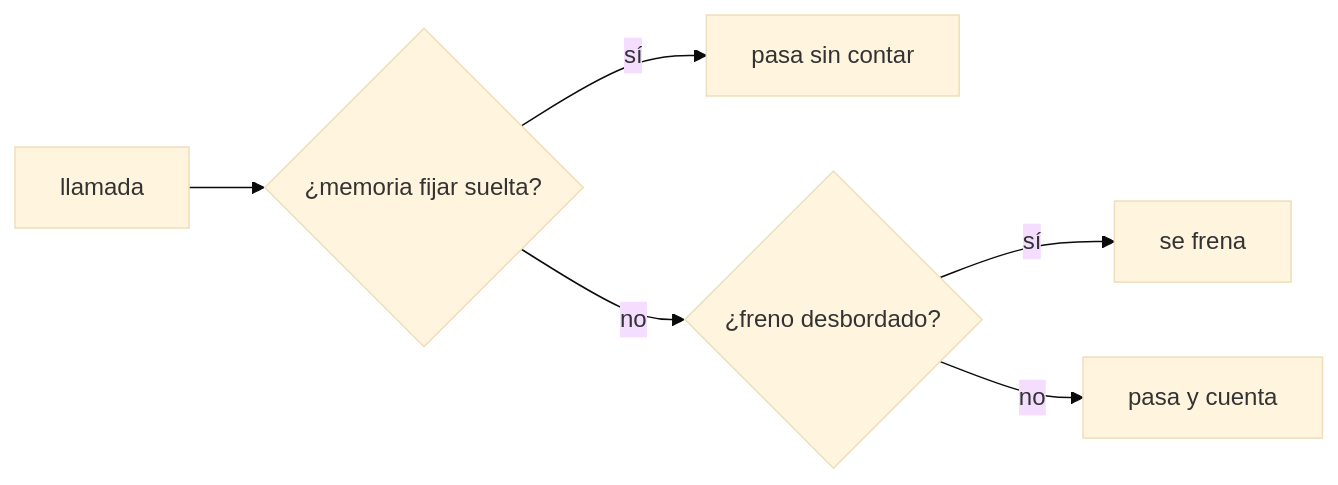
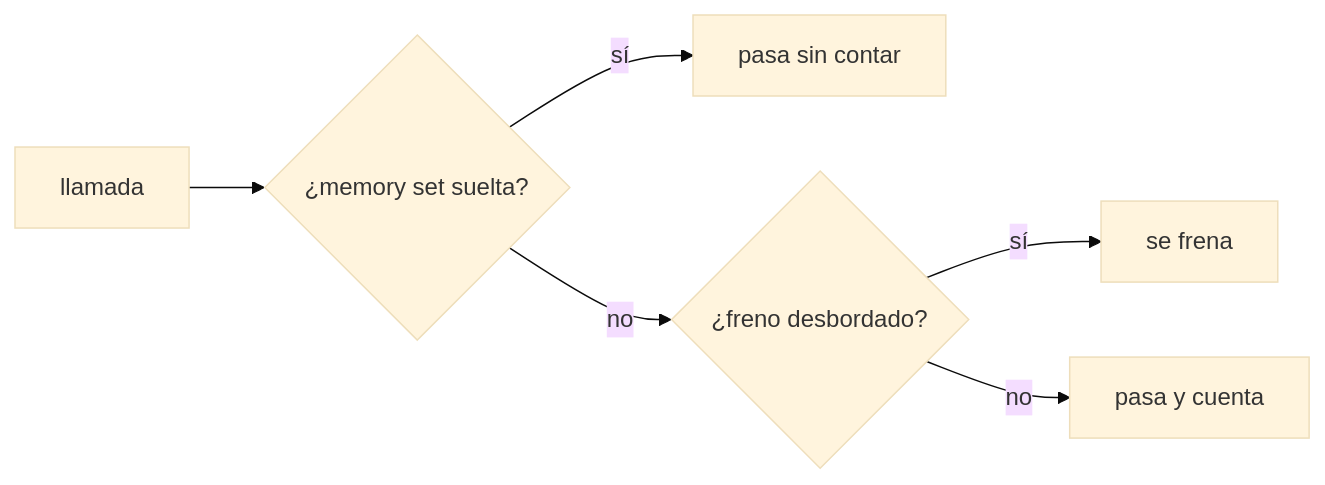
The first of 2 diagrams in docs/E001/F011/README.md (jliberal-aquas/aquas-central-harness-government), drawn with Mermaid (base theme) before and after one commit. The commit also changed other lines of this file and 184 other files, not shown here.

````diff
--- a/docs/E001/F011/README.md
+++ b/docs/E001/F011/README.md
@@ -30,8 +30,8 @@
 ```mermaid
 flowchart LR
-    L["llamada"] --> M{"¿memoria fijar suelta?"}
+    L["llamada"] --> M{"¿memory set suelta?"}
     M -->|sí| P["pasa sin contar"]
     M -->|no| C{"¿freno desbordado?"}
     C -->|sí| F["se frena"]
     C -->|no| P2["pasa y cuenta"]
 ```
````
